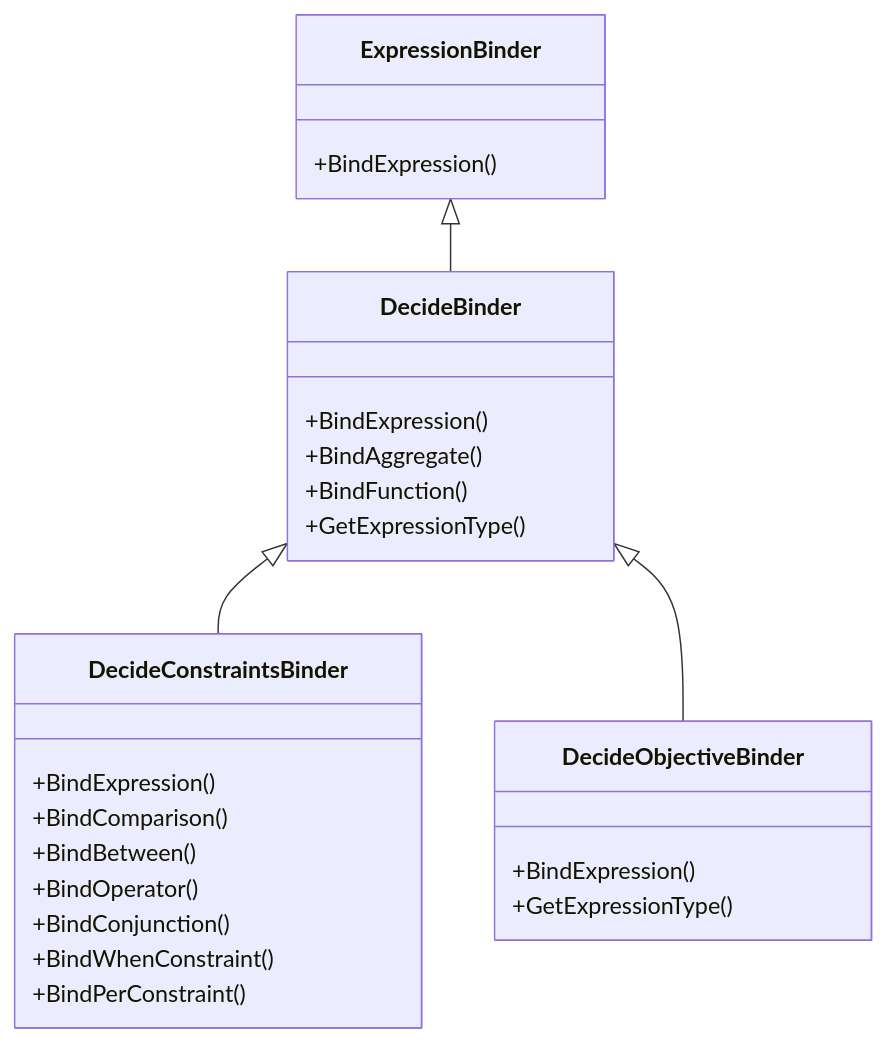
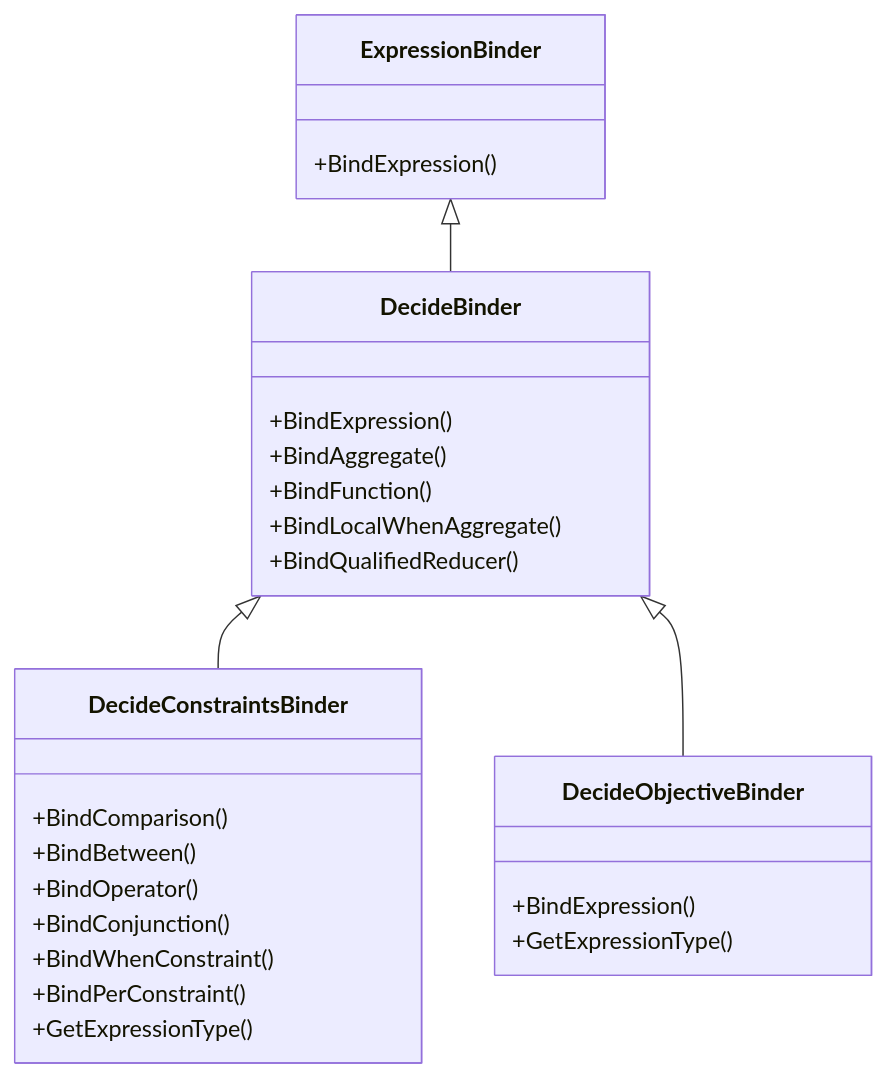
The first of 2 diagrams in context/descriptions/01_pipeline/code_structure.md (huda-lab/decidb), drawn with Mermaid before and after one commit. The commit also changed other lines of this file and 226 other files, not shown here.

````diff
--- a/context/descriptions/01_pipeline/code_structure.md
+++ b/context/descriptions/01_pipeline/code_structure.md
@@ -52,29 +76,30 @@
 ```mermaid
 classDiagram
     class ExpressionBinder {
         +BindExpression()
     }
     class DecideBinder {
         +BindExpression()
         +BindAggregate()
         +BindFunction()
-        +GetExpressionType()
+        +BindLocalWhenAggregate()
+        +BindQualifiedReducer()
     }
     class DecideConstraintsBinder {
-        +BindExpression()
         +BindComparison()
         +BindBetween()
         +BindOperator()
         +BindConjunction()
         +BindWhenConstraint()
         +BindPerConstraint()
+        +GetExpressionType()
     }
     class DecideObjectiveBinder {
         +BindExpression()
         +GetExpressionType()
     }
 
     ExpressionBinder <|-- DecideBinder
     DecideBinder <|-- DecideConstraintsBinder
     DecideBinder <|-- DecideObjectiveBinder
 ```
````
